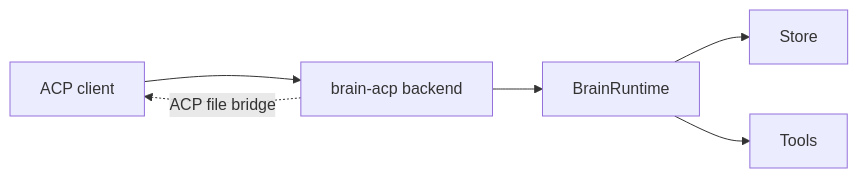
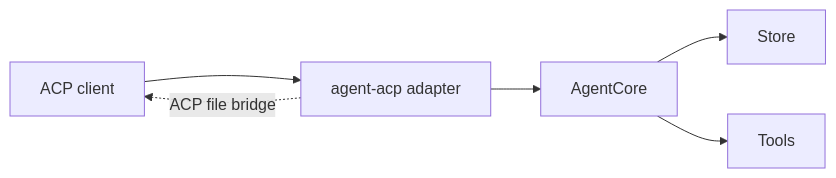
One commit to leto-labs/leto changed the diagram in docs/architecture/acp.md. Above: the diagram before and after it, drawn with Mermaid. The commit also changed other lines of this file and 160 other files, not shown here.

````diff
--- a/docs/architecture/acp.md
+++ b/docs/architecture/acp.md
@@ -20,14 +19,14 @@
 ```mermaid
 flowchart LR
     ACPClient[ACP client]
-    Backend[brain-acp backend]
-    Runtime[BrainRuntime]
+    Adapter[agent-acp adapter]
+    Core[AgentCore]
     Store[Store]
     Tools[Tools]
 
-    ACPClient --> Backend
-    Backend --> Runtime
-    Runtime --> Store
-    Runtime --> Tools
-    Backend -. ACP file bridge .-> ACPClient
+    ACPClient --> Adapter
+    Adapter --> Core
+    Core --> Store
+    Core --> Tools
+    Adapter -. ACP file bridge .-> ACPClient
 ```
````
